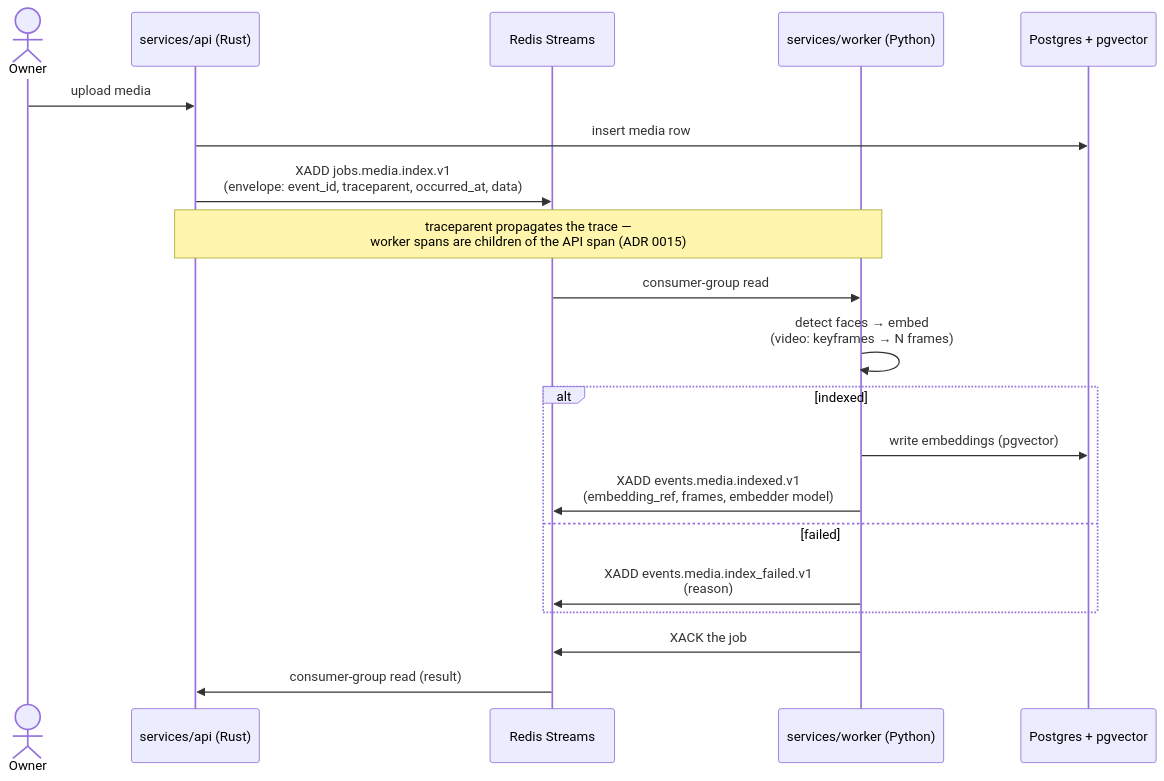
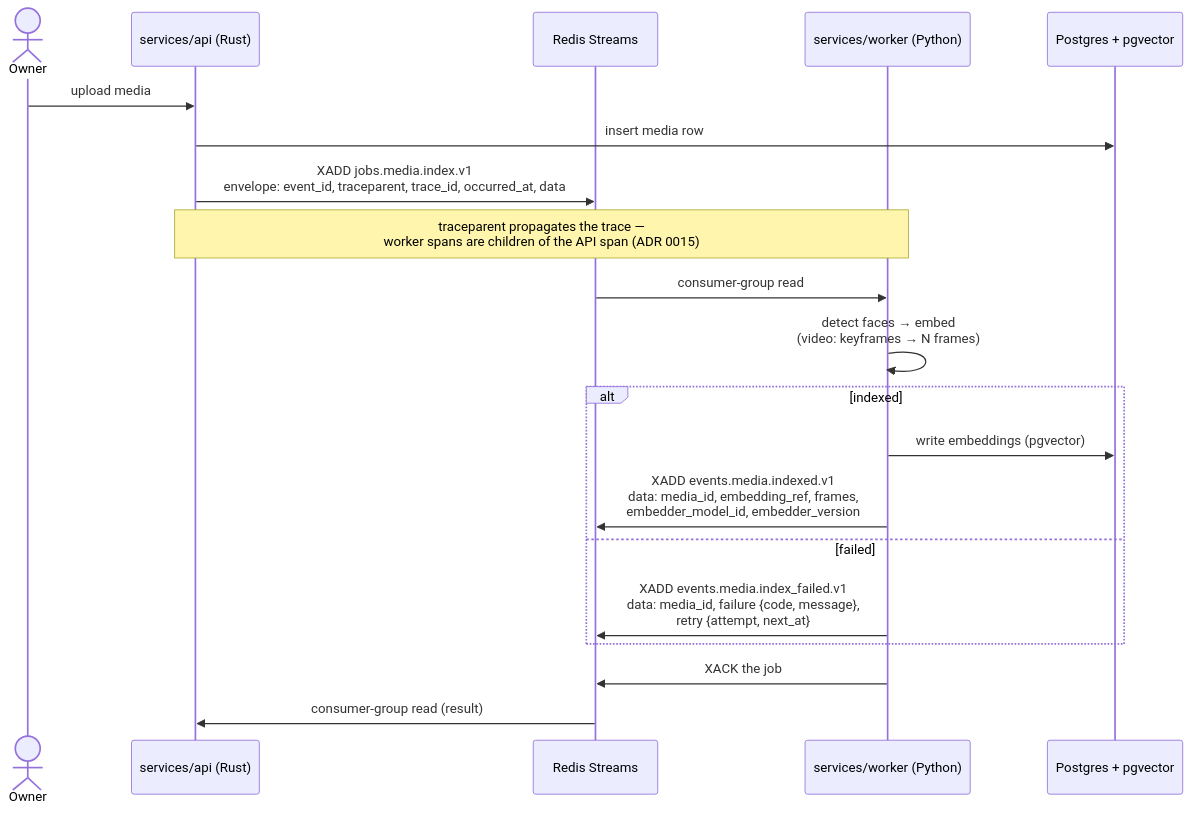
The fifth of 7 diagrams in docs/architecture/overview.md (Siddharthgolecha/Visloom), drawn with Mermaid before and after one commit. The commit also changed 1 other file, not shown here.

Commit message:
docs: align indexing sequence labels with event schemas
Reviewer caught the diagram-5 payload labels drifting from the
concrete packages/contracts/events/ schemas. Use exact field names:
envelope adds required trace_id; indexed shows media_id, embedding_ref,
frames, embedder_model_id, embedder_version; failed shows media_id,
failure {code, message}, retry {attempt, next_at}. All 7 diagrams
re-render via mermaid-cli.

````diff
--- a/docs/architecture/overview.md
+++ b/docs/architecture/overview.md
@@ -159,23 +159,23 @@
 ```mermaid
 sequenceDiagram
     actor Owner
     participant API as services/api (Rust)
     participant Redis as Redis Streams
     participant Worker as services/worker (Python)
     participant PG as Postgres + pgvector
 
     Owner->>API: upload media
     API->>PG: insert media row
-    API->>Redis: XADD jobs.media.index.v1<br/>(envelope: event_id, traceparent, occurred_at, data)
+    API->>Redis: XADD jobs.media.index.v1<br/>envelope: event_id, traceparent, trace_id, occurred_at, data
     Note over API,Worker: traceparent propagates the trace —<br/>worker spans are children of the API span (ADR 0015)
     Redis->>Worker: consumer-group read
     Worker->>Worker: detect faces → embed<br/>(video: keyframes → N frames)
     alt indexed
         Worker->>PG: write embeddings (pgvector)
-        Worker->>Redis: XADD events.media.indexed.v1<br/>(embedding_ref, frames, embedder model)
+        Worker->>Redis: XADD events.media.indexed.v1<br/>data: media_id, embedding_ref, frames,<br/>embedder_model_id, embedder_version
     else failed
-        Worker->>Redis: XADD events.media.index_failed.v1<br/>(reason)
+        Worker->>Redis: XADD events.media.index_failed.v1<br/>data: media_id, failure {code, message},<br/>retry {attempt, next_at}
     end
     Worker->>Redis: XACK the job
     Redis->>API: consumer-group read (result)
 ```
````
